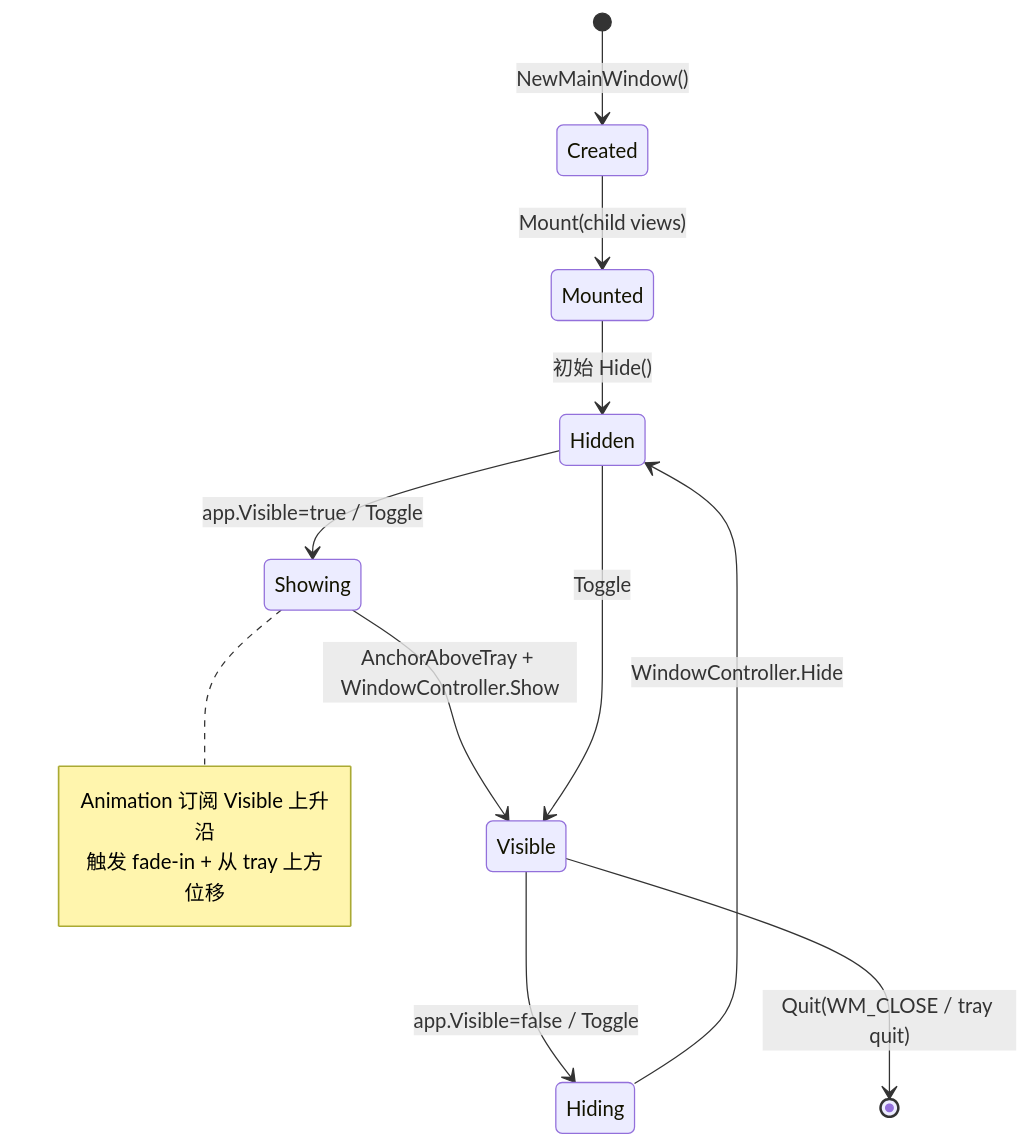
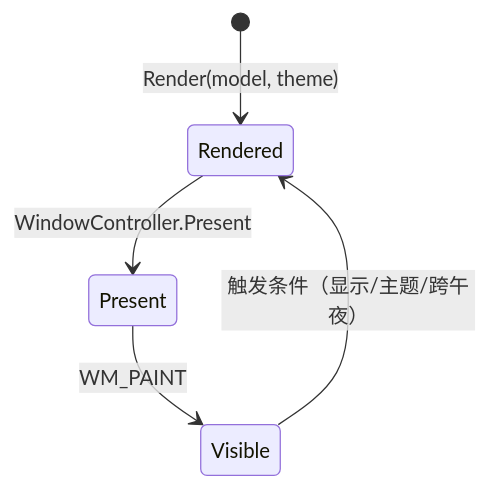
Before and after one commit to shaolei/DeskCalendar: the fourth of 4 diagrams in docs/90-UI/MainWindow.md, drawn with Mermaid. The commit also changed other lines of this file and 13 other files, not shown here.

First line of the commit message:
feat(ui): implement #90-UI render layer (gg -> *image.RGBA via WindowController.Present)

````diff
--- a/docs/90-UI/MainWindow.md
+++ b/docs/90-UI/MainWindow.md
@@ -157,16 +153,7 @@
 ```mermaid
 stateDiagram-v2
-    [*] --> Created: NewMainWindow()
-    Created --> Mounted: Mount(child views)
-    Mounted --> Hidden: 初始 Hide()
-    Hidden --> Showing: app.Visible=true / Toggle
-    Showing --> Visible: AnchorAboveTray + WindowController.Show
-    Visible --> Hiding: app.Visible=false / Toggle
-    Hiding --> Hidden: WindowController.Hide
-    Hidden --> Visible: Toggle
-    Visible --> [*]: Quit(WM_CLOSE / tray quit)
-    note right of Showing
-        Animation 订阅 Visible 上升沿
-        触发 fade-in + 从 tray 上方位移
-    end note
+    [*] --> Rendered: Render(model, theme)
+    Rendered --> Present: WindowController.Present
+    Present --> Visible: WM_PAINT
+    Visible --> Rendered: 触发条件（显示/主题/跨午夜）
 ```
````
